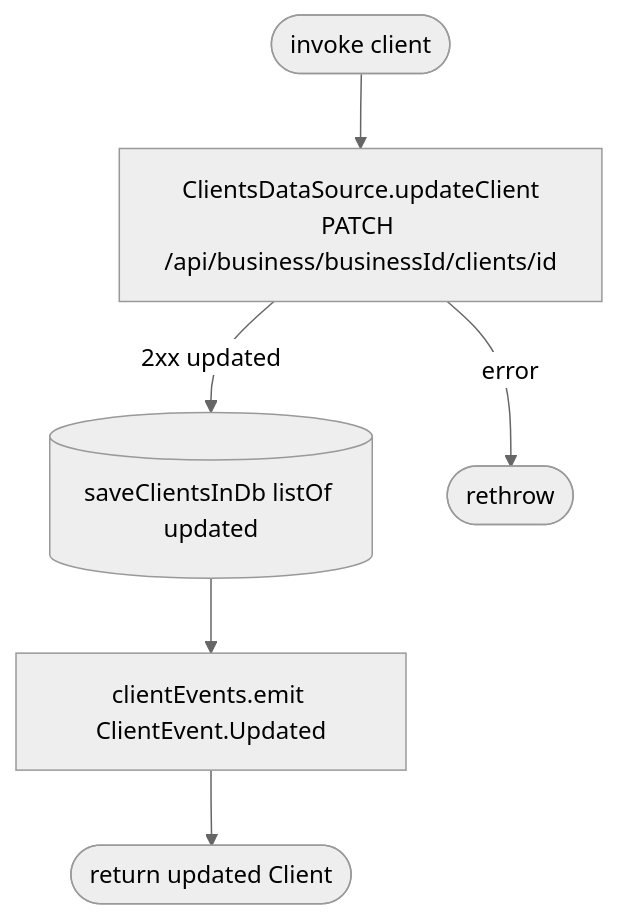
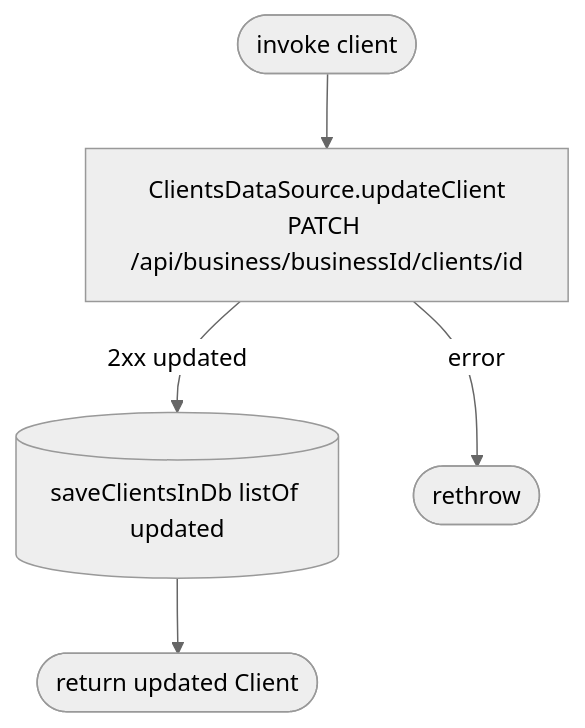
Before and after one commit to nocturneproperties/bookkme-client: the diagram in docs/operations/clients/edit-client.md, drawn with Mermaid (neutral theme). The commit also changed other lines of this file and 169 other files, not shown here.

````diff
--- a/docs/operations/clients/edit-client.md
+++ b/docs/operations/clients/edit-client.md
@@ -11,8 +11,7 @@
 ```mermaid
 flowchart TD
     Start([invoke client]) --> Net[ClientsDataSource.updateClient<br/>PATCH /api/business/businessId/clients/id]
     Net -- 2xx updated --> Save[(saveClientsInDb listOf updated)]
-    Save --> Emit[clientEvents.emit ClientEvent.Updated]
-    Emit --> R([return updated Client])
+    Save --> R([return updated Client])
     Net -- error --> EX([rethrow])
 ```
````
